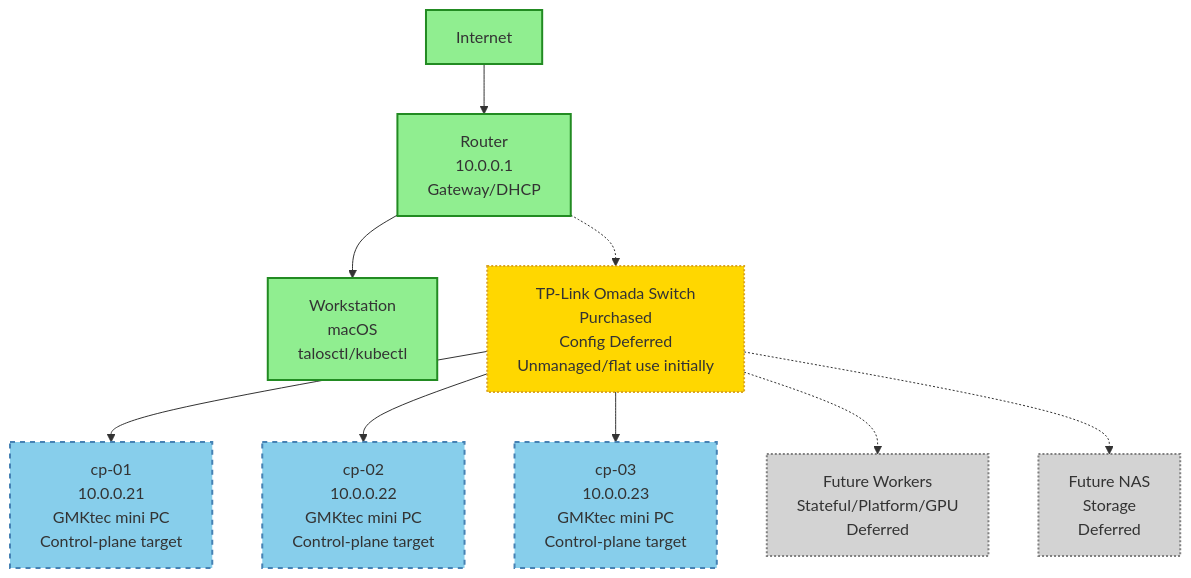
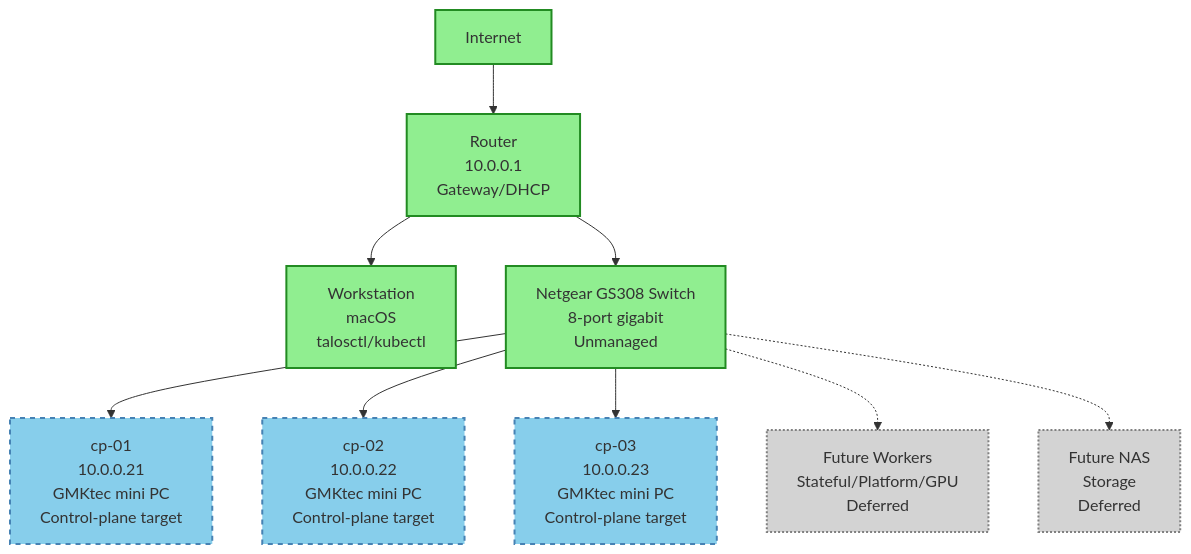
One commit to Okja-Engineering/home-lab changed the diagram in diagrams/physical-topology.md. Above: the diagram before and after it, drawn with Mermaid. The commit also changed other lines of this file and 4 other files, not shown here.

````diff
--- a/diagrams/physical-topology.md
+++ b/diagrams/physical-topology.md
@@ -12,31 +11,29 @@
 ```mermaid
 graph TB
     Internet[Internet]
     Router[Router<br/>10.0.0.1<br/>Gateway/DHCP]
     Workstation[Workstation<br/>macOS<br/>talosctl/kubectl]
-    Switch[TP-Link Omada Switch<br/>Purchased<br/>Config Deferred<br/>Unmanaged/flat use initially]
+    Switch[Netgear GS308 Switch<br/>8-port gigabit<br/>Unmanaged]
     cp01[cp-01<br/>10.0.0.21<br/>GMKtec mini PC<br/>Control-plane target]
     cp02[cp-02<br/>10.0.0.22<br/>GMKtec mini PC<br/>Control-plane target]
     cp03[cp-03<br/>10.0.0.23<br/>GMKtec mini PC<br/>Control-plane target]
     FutureWorkers[Future Workers<br/>Stateful/Platform/GPU<br/>Deferred]
     FutureNAS[Future NAS<br/>Storage<br/>Deferred]
 
     Internet --> Router
     Router --> Workstation
-    Router -.-> Switch
+    Router --> Switch
     Switch --> cp01
     Switch --> cp02
     Switch --> cp03
     Switch -.-> FutureWorkers
     Switch -.-> FutureNAS
 
     classDef current fill:#90EE90,stroke:#228B22,stroke-width:2px
     classDef target fill:#87CEEB,stroke:#4682B4,stroke-width:2px,stroke-dasharray: 5 5
-    classDef deferred fill:#FFD700,stroke:#DAA520,stroke-width:2px,stroke-dasharray: 2 2
     classDef future fill:#D3D3D3,stroke:#808080,stroke-width:2px,stroke-dasharray: 2 2
 
-    class Internet,Router,Workstation current
+    class Internet,Router,Workstation,Switch current
     class cp01,cp02,cp03 target
-    class Switch deferred
     class FutureWorkers,FutureNAS future
 ```
````
